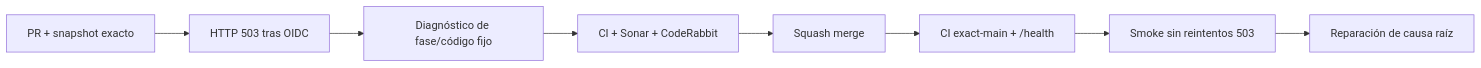
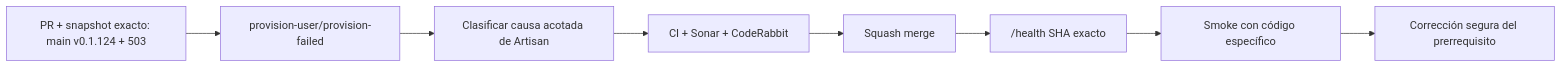
The diagram in README.md (pl0n3r/GrindFlow), drawn with Mermaid before and after one commit. The commit also changed other lines of this file and 8 other files, not shown here.

````diff
--- a/README.md
+++ b/README.md
@@ -47,10 +47,10 @@
 ```mermaid
 flowchart LR
- A["PR + snapshot exacto"] --> B["HTTP 503 tras OIDC"]
- B --> C["Diagnóstico de fase/código fijo"]
+ A["PR + snapshot exacto: main v0.1.124 + 503"] --> B["provision-user/provision-failed"]
+ B --> C["Clasificar causa acotada de Artisan"]
  C --> D["CI + Sonar + CodeRabbit"]
  D --> M["Squash merge"]
- M --> X["CI exact-main + /health"]
- X --> S["Smoke sin reintentos 503"]
- S --> G["Reparación de causa raíz"]
+ M --> X["/health SHA exacto"]
+ X --> S["Smoke con código específico"]
+ S --> G["Corrección segura del prerrequisito"]
 ```
````
